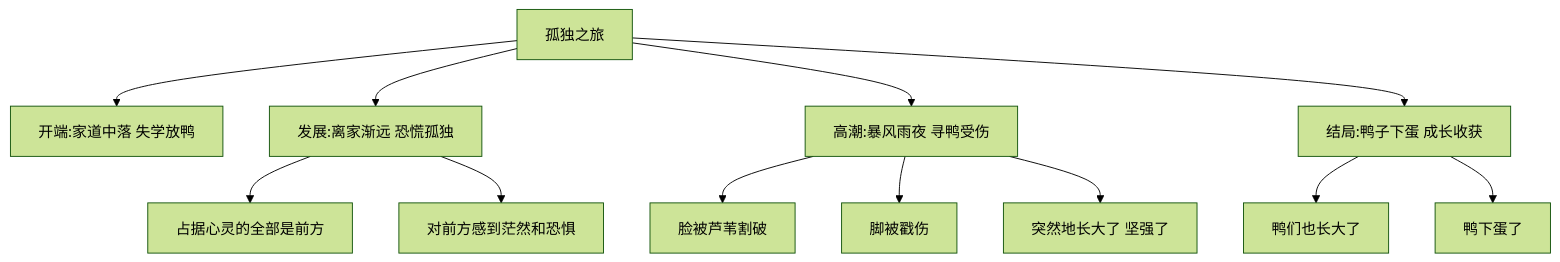
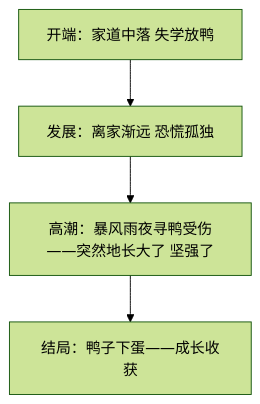
Before and after one commit to moirakk/beijing-study-portal: the first of 2 diagrams in content/chinese/grade9-1/ch4/t3/note.md, drawn with Mermaid (forest theme). The commit also changed other lines of this file and 6 other files, not shown here.

Commit message:
content: chinese 9a mermaid diagrams

````diff
--- a/content/chinese/grade9-1/ch4/t3/note.md
+++ b/content/chinese/grade9-1/ch4/t3/note.md
@@ -26,14 +26,6 @@
 ```mermaid
 flowchart TD
-    A[孤独之旅] --> B[开端:家道中落 失学放鸭]
-    A --> C[发展:离家渐远 恐慌孤独]
-    A --> D[高潮:暴风雨夜 寻鸭受伤]
-    A --> E[结局:鸭子下蛋 成长收获]
-    C --> C1[占据心灵的全部是前方]
-    C --> C2[对前方感到茫然和恐惧]
-    D --> D1[脸被芦苇割破]
-    D --> D2[脚被戳伤]
-    D --> D3[突然地长大了 坚强了]
-    E --> E1[鸭们也长大了]
-    E --> E2[鸭下蛋了]
+    A[开端：家道中落 失学放鸭] --> B[发展：离家渐远 恐慌孤独]
+    B --> C[高潮：暴风雨夜寻鸭受伤——突然地长大了 坚强了]
+    C --> D[结局：鸭子下蛋——成长收获]
 ```
````
